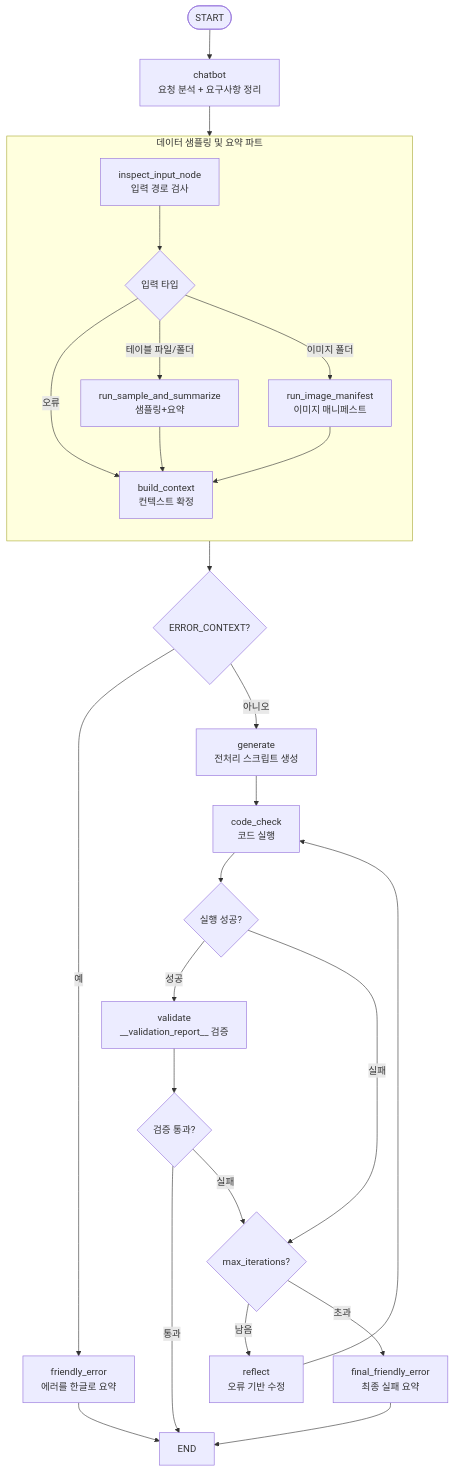
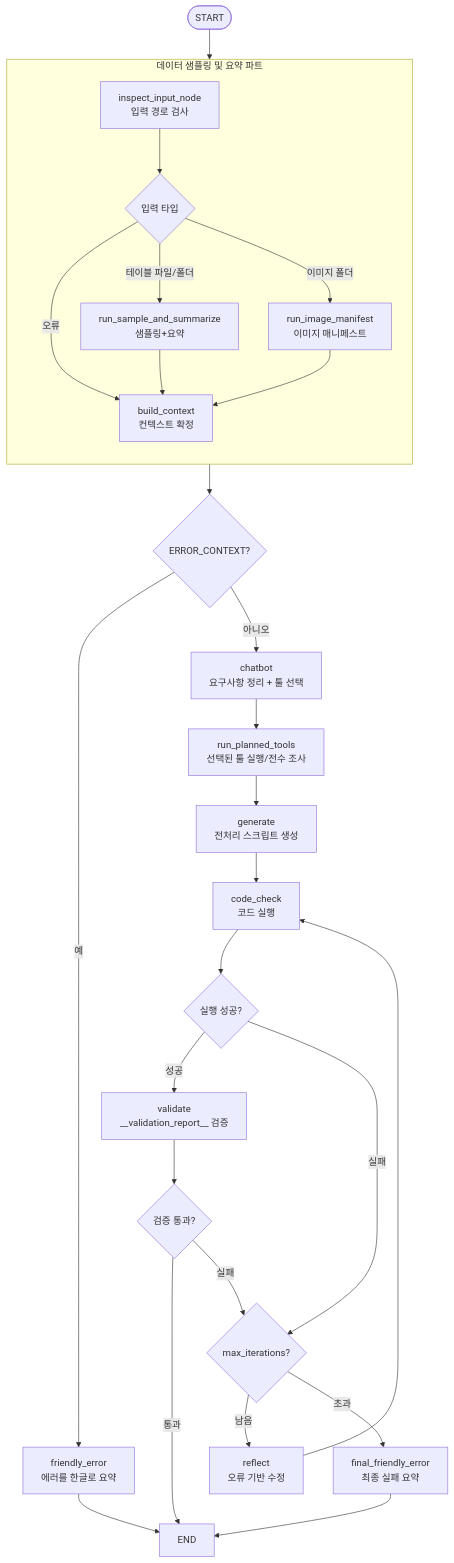
One commit to sonsukwoo/Data_preprocessing_auto changed the third of 3 diagrams in README.md. Above: the diagram before and after it, drawn with Mermaid. The commit also changed other lines of this file and 8 other files, not shown here.

````diff
--- a/README.md
+++ b/README.md
@@ -141,36 +142,37 @@
 ```mermaid
 flowchart TD
-  START([START]) --> C[chatbot<br/>요청 분석 + 요구사항 정리]
-  C --> I0[inspect_input_node<br/>입력 경로 검사]
+  START([START]) --> I0[inspect_input_node<br/>입력 경로 검사]
 
   subgraph INPUT["데이터 샘플링 및 요약 파트"]
     direction TB
     I0 --> D1{입력 타입}
     D1 -->|이미지 폴더| IMG[run_image_manifest<br/>이미지 매니페스트]
     D1 -->|테이블 파일/폴더| SAS[run_sample_and_summarize<br/>샘플링+요약]
     D1 -->|오류| B[build_context<br/>컨텍스트 확정<br/>]
 
     SAS --> B
     IMG --> B
   end
 
   B --> D4{ERROR_CONTEXT?}
   D4 -->|예| FE[friendly_error<br/>에러를 한글로 요약]
-  D4 -->|아니오| G[generate<br/>전처리 스크립트 생성]
+  D4 -->|아니오| C[chatbot<br/>요구사항 정리 + 툴 선택]
+  C --> TP[run_planned_tools<br/>선택된 툴 실행/전수 조사]
+  TP --> G[generate<br/>전처리 스크립트 생성]
 
   G --> E[code_check<br/>코드 실행]
   E --> D5{실행 성공?}
   D5 -->|성공| V[validate<br/>__validation_report__ 검증]
   D5 -->|실패| D{max_iterations?}
 
   V --> D6{검증 통과?}
   D6 -->|통과| END
   D6 -->|실패| D
 
   D -->|남음| RF[reflect<br/>오류 기반 수정]
   D -->|초과| FFE[final_friendly_error<br/>최종 실패 요약]
 
   RF --> E
   FE --> END
   FFE --> END
 ```
````
